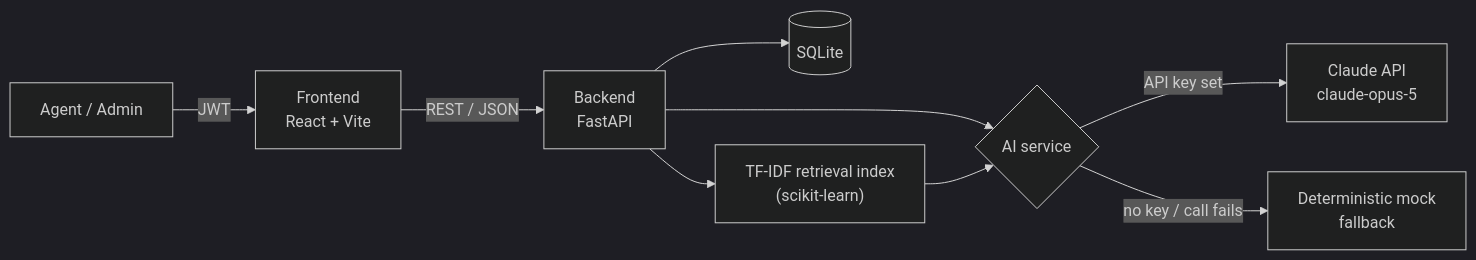
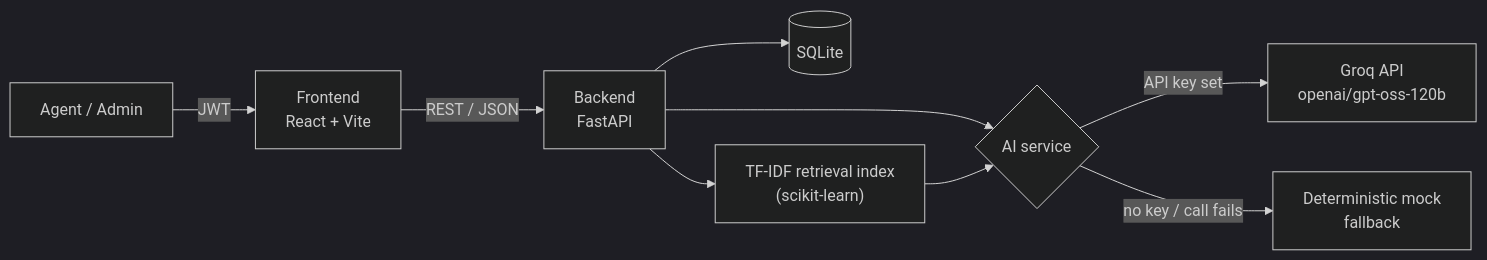
Before and after one commit to AyhamKsouri/poste-ai-suite: the diagram in README.md, drawn with Mermaid (dark theme). The commit also changed other lines of this file and 5 other files, not shown here.

First line of the commit message:
refactor(ai): switch AI provider from Claude API to Groq API

````diff
--- a/README.md
+++ b/README.md
@@ -24,11 +24,11 @@
 ```mermaid
 graph LR
   U["Agent / Admin"] -->|JWT| F["Frontend<br/>React + Vite"]
   F -->|REST / JSON| B["Backend<br/>FastAPI"]
   B --> DB[("SQLite")]
   B --> RET["TF-IDF retrieval index<br/>(scikit-learn)"]
   B --> AI{"AI service"}
   RET --> AI
-  AI -->|API key set| CLAUDE["Claude API<br/>claude-opus-5"]
+  AI -->|API key set| GROQ["Groq API<br/>openai/gpt-oss-120b"]
   AI -->|no key / call fails| MOCK["Deterministic mock<br/>fallback"]
 ```
````
